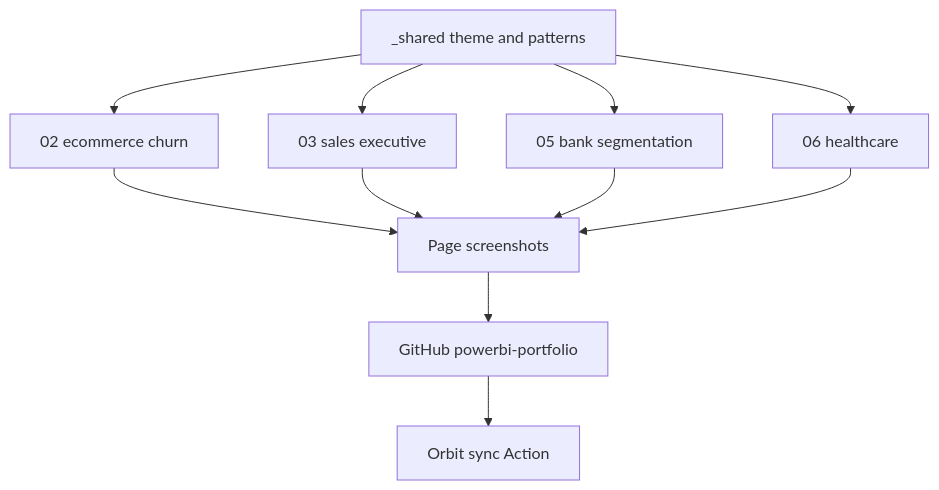
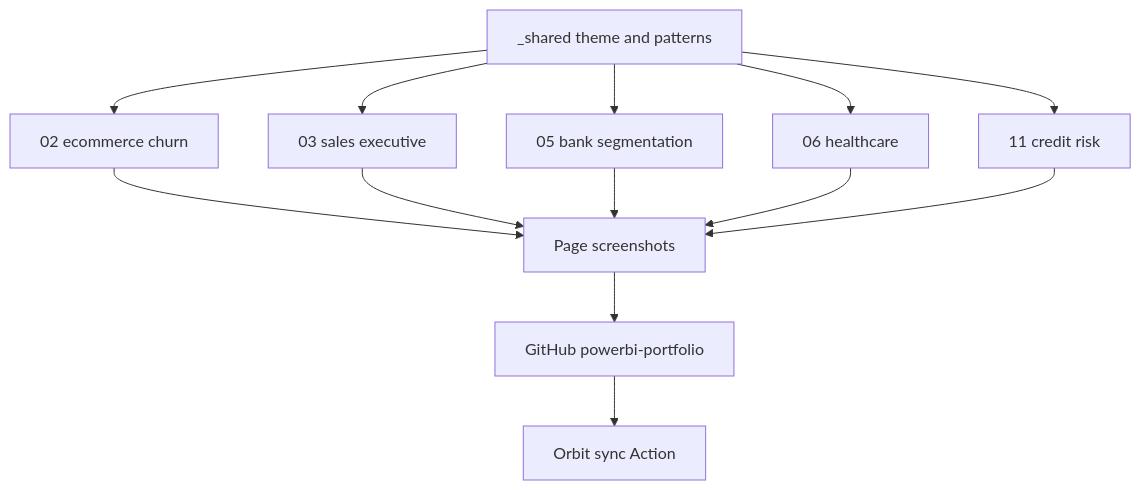
The diagram in docs/architecture/nordic-boardroom-stack.md (AlexTouvras/powerbi-portfolio), drawn with Mermaid before and after one commit. The commit also changed other lines of this file and 164 other files, not shown here.

First line of the commit message:
Ship Credit Risk Pulse as a featured Nordic Boardroom report.

````diff
--- a/docs/architecture/nordic-boardroom-stack.md
+++ b/docs/architecture/nordic-boardroom-stack.md
@@ -5,13 +5,15 @@
 ```mermaid
 flowchart TB
   Shared[_shared theme and patterns] --> Churn[02 ecommerce churn]
   Shared --> Sales[03 sales executive]
   Shared --> Bank[05 bank segmentation]
   Shared --> Care[06 healthcare]
+  Shared --> Credit[11 credit risk]
   Churn --> Export[Page screenshots]
   Sales --> Export
   Bank --> Export
   Care --> Export
+  Credit --> Export
   Export --> GH[GitHub powerbi-portfolio]
   GH --> OrbitSync[Orbit sync Action]
 ```
````
